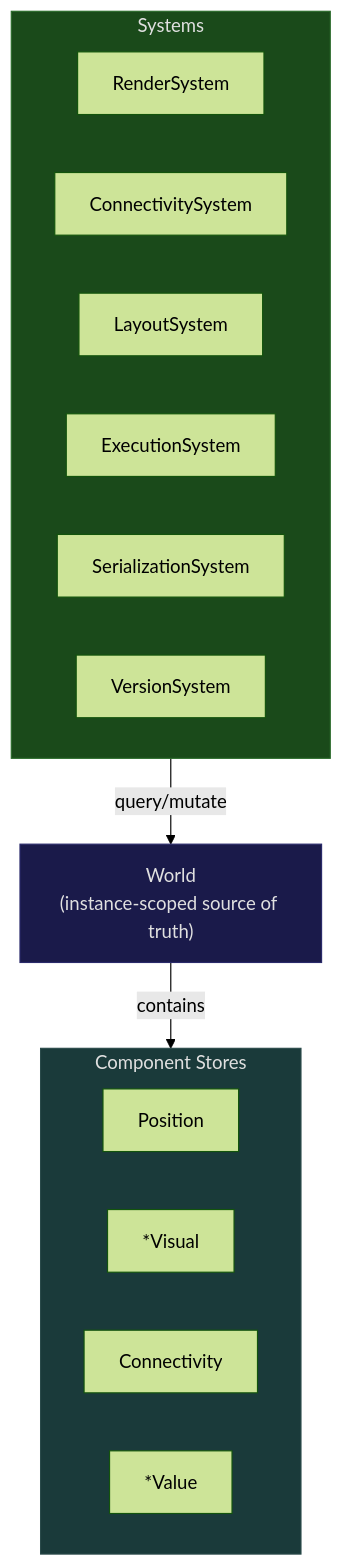
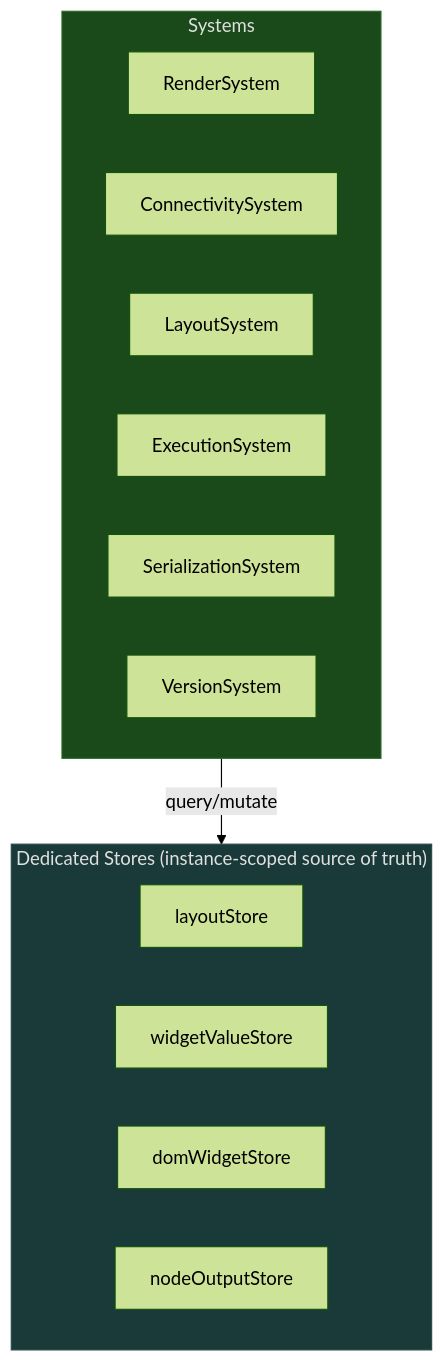
The ninth of 12 diagrams in docs/architecture/ecs-target-architecture.md (Comfy-Org/ComfyUI_frontend), drawn with Mermaid (forest theme) before and after one commit. The commit also changed other lines of this file and 12 other files, not shown here.

````diff
--- a/docs/architecture/ecs-target-architecture.md
+++ b/docs/architecture/ecs-target-architecture.md
@@ -381,28 +377,23 @@
 ```mermaid
 graph TD
     subgraph Systems["Systems"]
         RS["RenderSystem"]
         CS["ConnectivitySystem"]
         LS["LayoutSystem"]
         ES["ExecutionSystem"]
         SS["SerializationSystem"]
         VS["VersionSystem"]
     end
 
-    World["World
-(instance-scoped source of truth)"]
-
-    subgraph Components["Component Stores"]
-        Pos["Position"]
-        Vis["*Visual"]
-        Con["Connectivity"]
-        Val["*Value"]
+    subgraph Stores["Dedicated Stores (instance-scoped source of truth)"]
+        LayoutStore["layoutStore"]
+        WidgetValueStore["widgetValueStore"]
+        DomWidgetStore["domWidgetStore"]
+        NodeOutputStore["nodeOutputStore"]
     end
 
-    Systems -->|"query/mutate"| World
-    World -->|"contains"| Components
+    Systems -->|"query/mutate"| Stores
 
     style Systems fill:#1a4a1a,stroke:#2a6a2a,color:#e0e0e0
-    style World fill:#1a1a4a,stroke:#2a2a6a,color:#e0e0e0
-    style Components fill:#1a3a3a,stroke:#2a4a4a,color:#e0e0e0
+    style Stores fill:#1a3a3a,stroke:#2a4a4a,color:#e0e0e0
 ```
````
